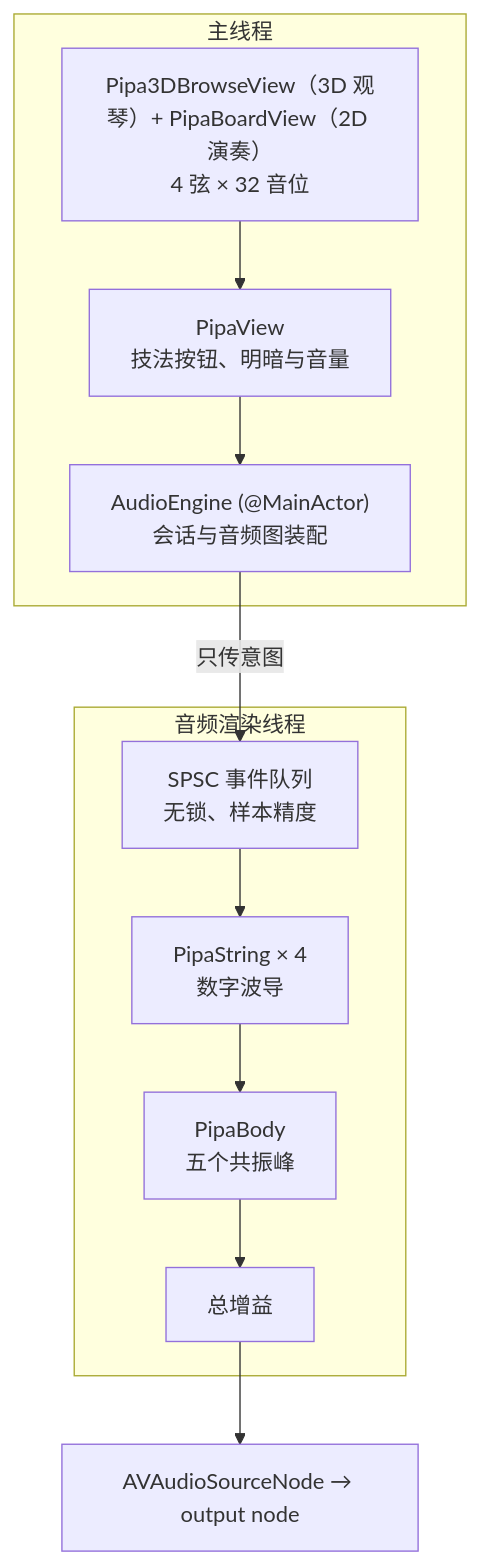
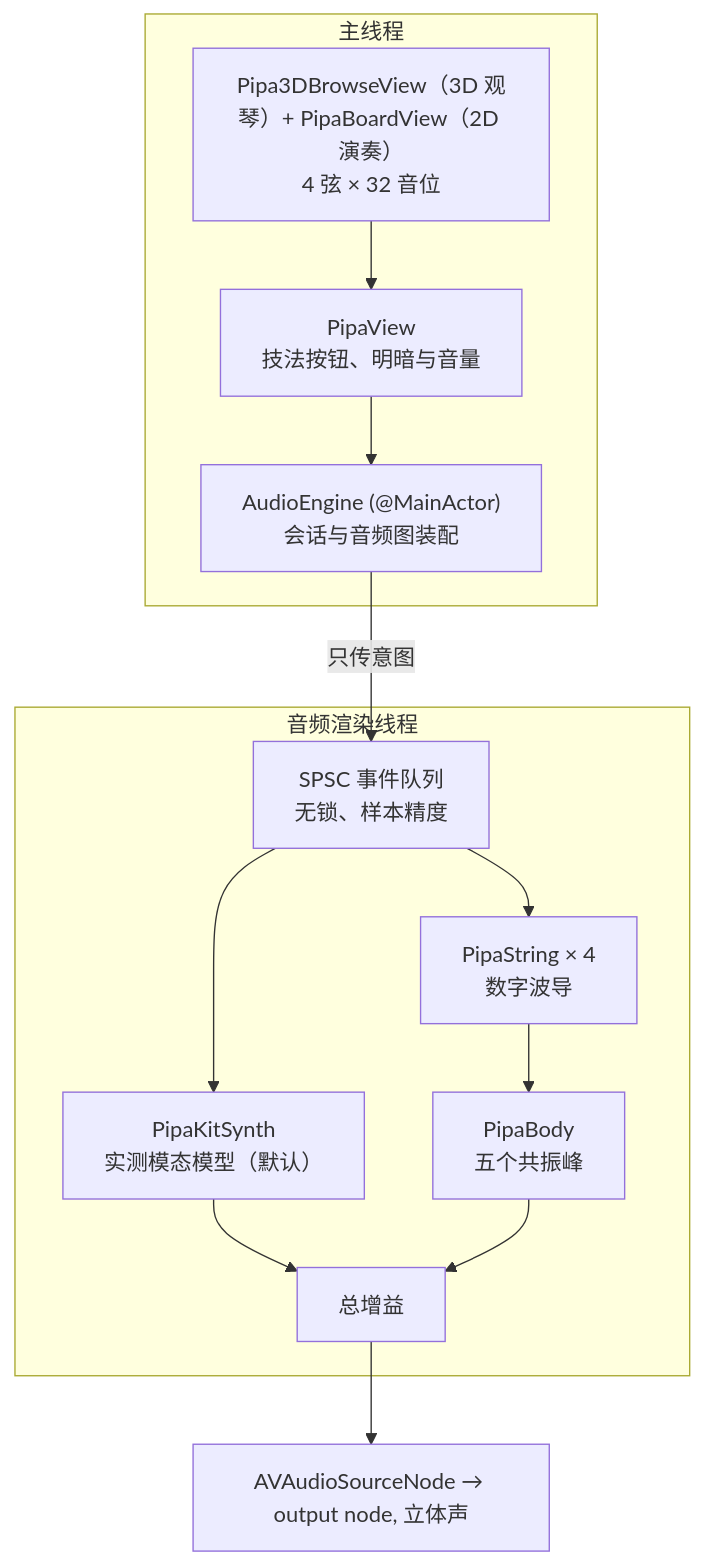
One commit to ZehuiWU2009/ElectricPipa changed the second of 2 diagrams in README.md. Above: the diagram before and after it, drawn with Mermaid. The commit also changed other lines of this file and 32 other files, not shown here.

````diff
--- a/README.md
+++ b/README.md
@@ -404,21 +467,24 @@
 ```mermaid
 flowchart TB
     subgraph MAIN ["主线程"]
         U1["Pipa3DBrowseView（3D 观琴）+ PipaBoardView（2D 演奏）<br/>4 弦 × 32 音位"]
         U2["PipaView<br/>技法按钮、明暗与音量"]
         U3["AudioEngine (@MainActor)<br/>会话与音频图装配"]
     end
     subgraph AUDIO ["音频渲染线程"]
         Q["SPSC 事件队列<br/>无锁、样本精度"]
+        M["PipaKitSynth<br/>实测模态模型（默认）"]
         S1["PipaString × 4<br/>数字波导"]
         B["PipaBody<br/>五个共振峰"]
         G["总增益"]
     end
     U1 --> U2
     U2 --> U3
     U3 -->|"只传意图"| Q
+    Q --> M
     Q --> S1
+    M --> G
     S1 --> B
     B --> G
-    G --> OUT["AVAudioSourceNode → output node"]
+    G --> OUT["AVAudioSourceNode → output node, 立体声"]
 ```
````
